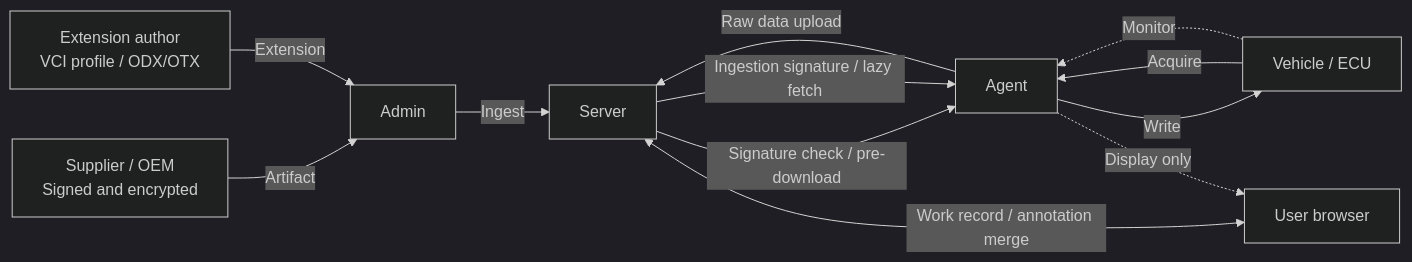
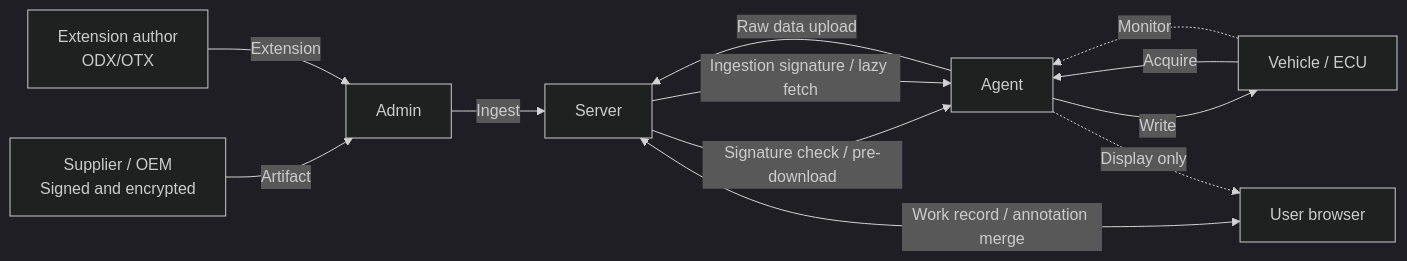
The second of 6 diagrams in docs/system-architecture.md (okayyoumay/nekoguruma), drawn with Mermaid (dark theme) before and after one commit. The commit also changed other lines of this file and 7 other files, not shown here.

First line of the commit message:
Take VCI profiles out of the extension-package sync

````diff
--- a/docs/system-architecture.md
+++ b/docs/system-architecture.md
@@ -176,24 +176,24 @@
 ```mermaid
 flowchart LR
     VN["Supplier / OEM<br/>Signed and encrypted"]
-    EXT["Extension author<br/>VCI profile / ODX/OTX"]
+    EXT["Extension author<br/>ODX/OTX"]
     ADM["Admin"]
     SRV["Server"]
     AGT["Agent"]
     DEV["Vehicle / ECU"]
     USR["User browser"]
 
     VN -->|Artifact| ADM
     EXT -->|Extension| ADM
     ADM -->|Ingest| SRV
     SRV -->|Signature check / pre-download| AGT
     SRV -->|Ingestion signature / lazy fetch| AGT
     AGT -->|Write| DEV
 
     DEV -->|Acquire| AGT
     AGT -->|Raw data upload| SRV
     SRV <-->|Work record / annotation merge| USR
 
     DEV -.->|Monitor| AGT
     AGT -.->|Display only| USR
 ```
````
